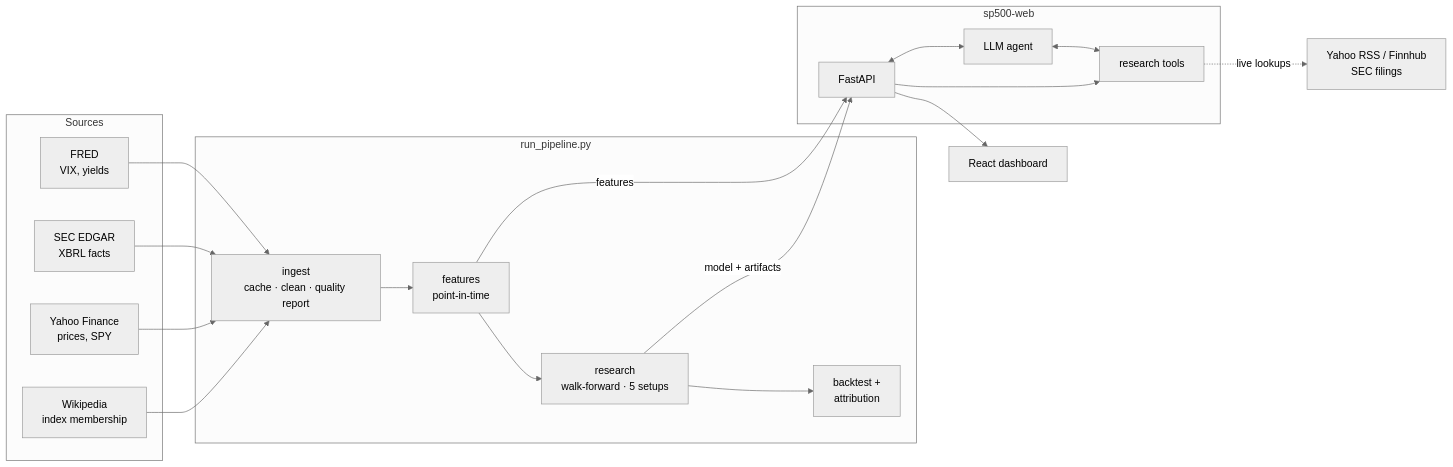
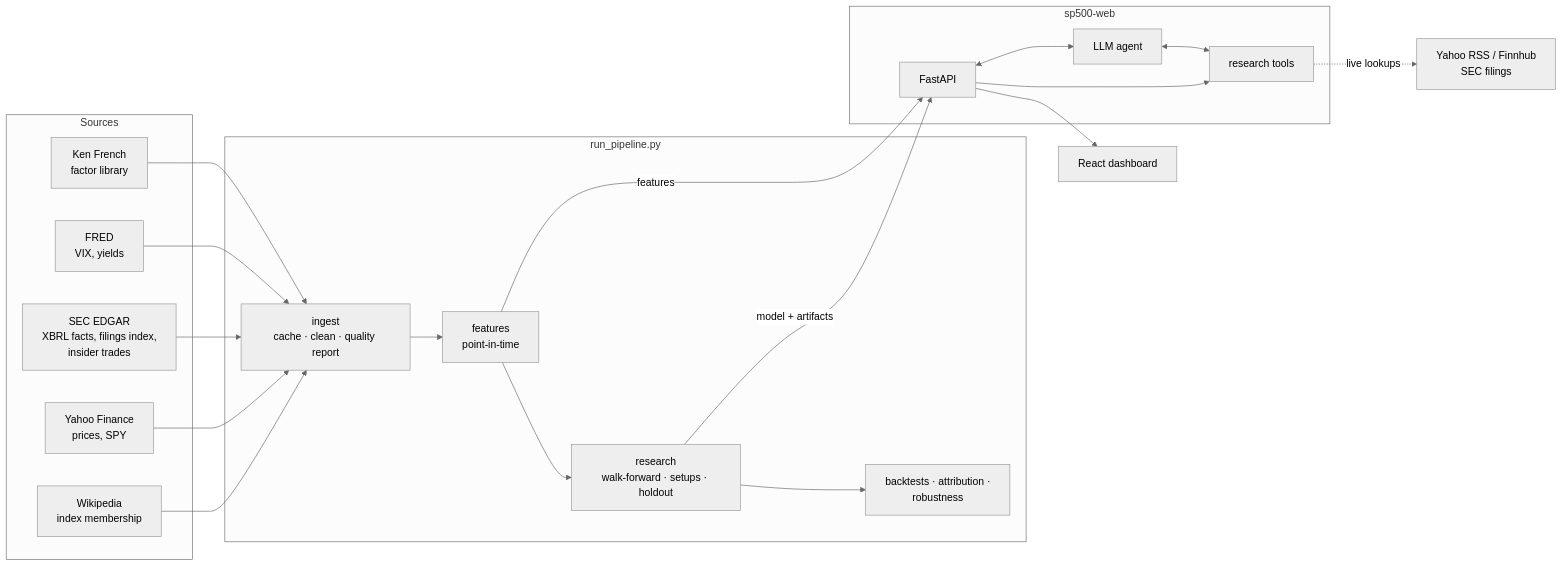
Before and after one commit to axlezhao/SP500-Research-Agent: the diagram in docs/ARCHITECTURE.md, drawn with Mermaid (neutral theme). The commit also changed other lines of this file and 43 other files, not shown here.

````diff
--- a/docs/ARCHITECTURE.md
+++ b/docs/ARCHITECTURE.md
@@ -5,31 +5,32 @@
 ```mermaid
 flowchart LR
     subgraph Sources
         W[Wikipedia<br/>index membership]
         Y[Yahoo Finance<br/>prices, SPY]
-        S[SEC EDGAR<br/>XBRL facts]
+        S[SEC EDGAR<br/>XBRL facts, filings index,<br/>insider trades]
         F[FRED<br/>VIX, yields]
+        K[Ken French<br/>factor library]
     end
     subgraph Pipeline["run_pipeline.py"]
         I[ingest<br/>cache · clean · quality report]
         X[features<br/>point-in-time]
-        R[research<br/>walk-forward · 5 setups]
-        B[backtest +<br/>attribution]
+        R[research<br/>walk-forward · setups · holdout]
+        B[backtests · attribution ·<br/>robustness]
     end
     subgraph Serving["sp500-web"]
         A[FastAPI]
         T[research tools]
         L[LLM agent]
     end
     D[React dashboard]
     N[Yahoo RSS / Finnhub<br/>SEC filings]
 
-    W & Y & S & F --> I --> X --> R --> B
+    W & Y & S & F & K --> I --> X --> R --> B
     R -- model + artifacts --> A
     X -- features --> A
     A --> D
     A --> T
     L <--> T
     T -. live lookups .-> N
     A <--> L
 ```
````
